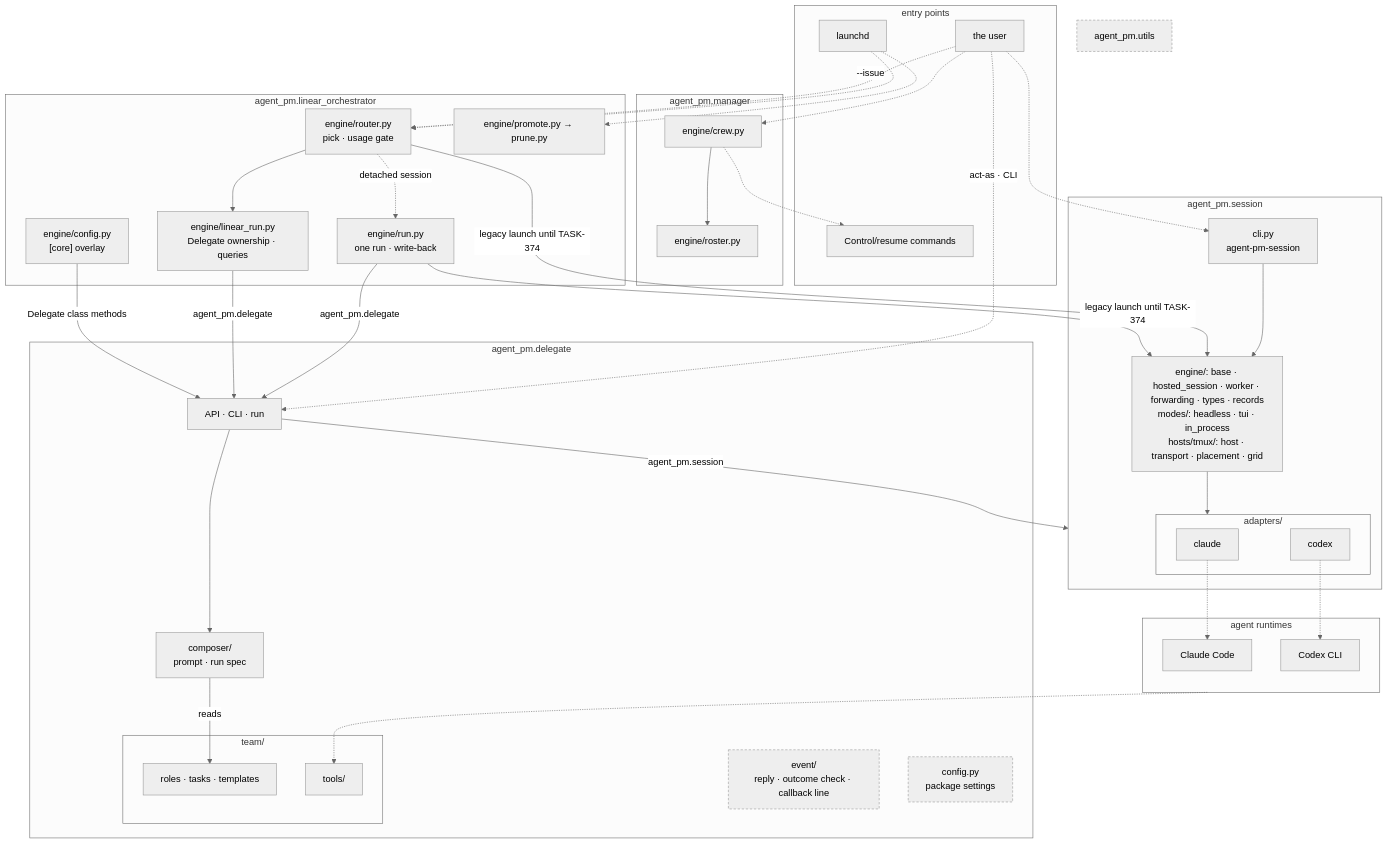
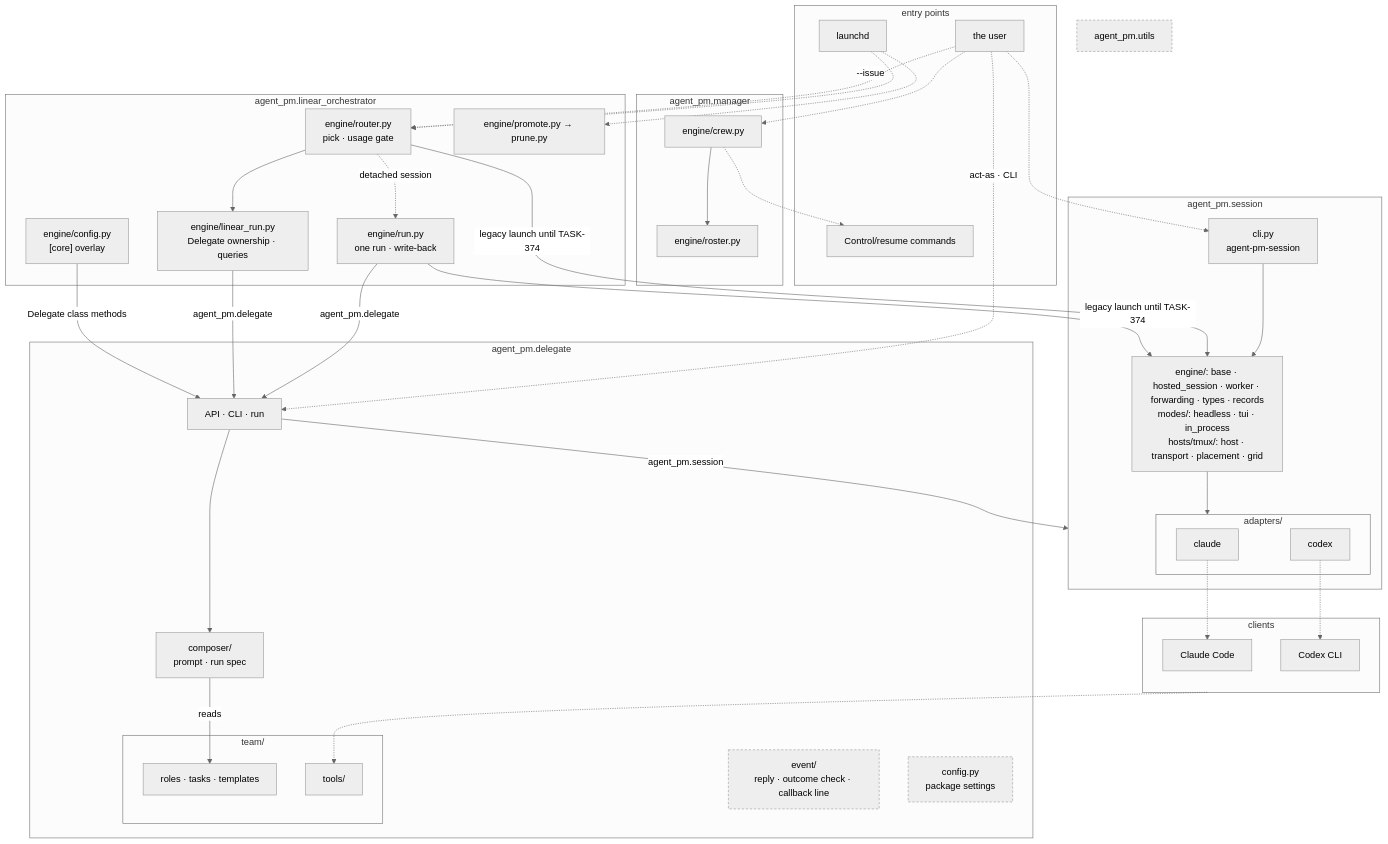
Before and after one commit to ophis/agent-pm: the second of 4 diagrams in README.md, drawn with Mermaid (neutral theme). The commit also changed other lines of this file and 183 other files, not shown here.

````diff
--- a/README.md
+++ b/README.md
@@ -18,63 +18,63 @@
 ```mermaid
 flowchart TB
   subgraph EN[entry points]
     LD[launchd]
     HU[the user]
     CC[Control/resume commands]
   end
   subgraph MG[agent_pm.manager]
     W["engine/crew.py"] --> RS["engine/roster.py"]
   end
   subgraph LO[agent_pm.linear_orchestrator]
     R["engine/router.py<br>pick · usage gate"]
     RU["engine/run.py<br>one run · write-back"]
     LR["engine/linear_run.py<br>Delegate ownership · queries"]
     PP["engine/promote.py → prune.py"]
     LC["engine/config.py<br>[core] overlay"]
   end
   subgraph DL[agent_pm.delegate]
     D["API · CLI · run"]
     C["composer/<br>prompt · run spec"]
     EV["event/<br>reply · outcome check · callback line"]
     CF["config.py<br>package settings"]
     subgraph TM[team/]
       T["roles · tasks · templates"]
       AT[tools/]
     end
   end
   subgraph SE[agent_pm.session]
     SC["cli.py<br>agent-pm-session"]
     DR["engine/: base · hosted_session · worker · forwarding · types · records<br>modes/: headless · tui · in_process<br>hosts/tmux/: host · transport · placement · grid"]
     subgraph AD[adapters/]
       CL[claude]
       CX[codex]
     end
   end
   U[agent_pm.utils]
-  subgraph RT[agent runtimes]
+  subgraph RT[clients]
     P1[Claude Code]
     P2[Codex CLI]
   end
   LD -.-> R & PP
   HU -.->|"--issue"| R
   HU -.->|"act-as · CLI"| D
   HU -.-> W
   HU -.-> SC
   SC --> DR
   R -.->|detached session| RU
   RU -->|agent_pm.delegate| D
   R --> LR
   LR -->|agent_pm.delegate| D
   LC -->|"Delegate class methods"| D
   R & RU -->|"legacy launch until TASK-374"| DR
   W -.-> CC
   D --> C
   D -->|agent_pm.session| SE
   C -->|reads| T
   DR --> AD
   CL -.-> P1
   CX -.-> P2
   RT -.-> AT
   classDef shared stroke-dasharray: 4 3
   class EV,U,CF shared
 ```
````
